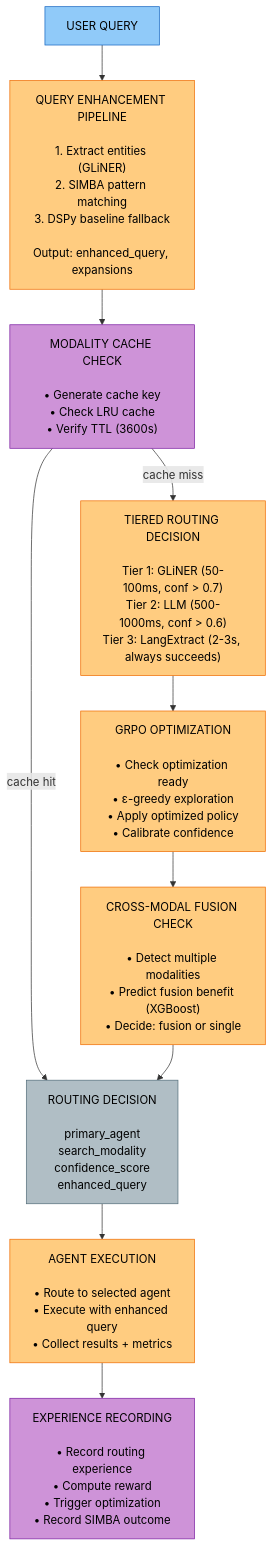
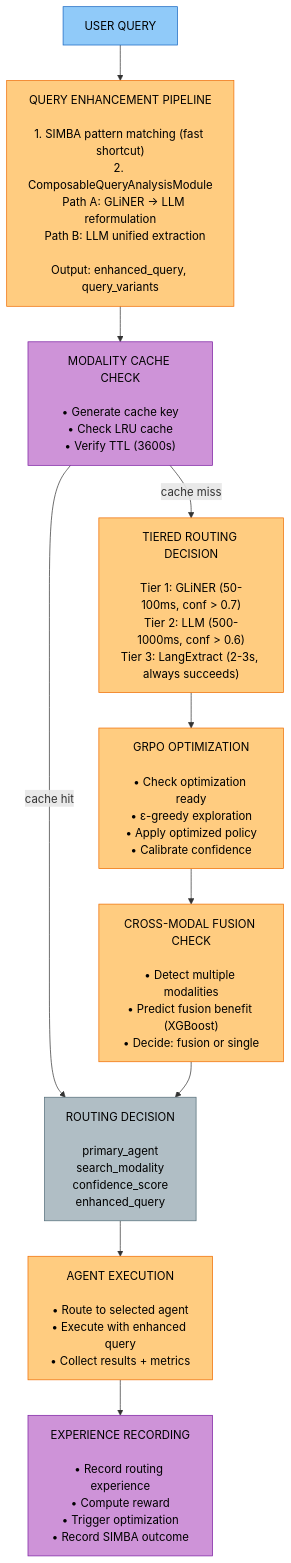
The fourth of 4 diagrams in docs/modules/routing.md (amit-jain/cogniverse), drawn with Mermaid before and after one commit. The commit also changed other lines of this file and 18 other files, not shown here.

First line of the commit message:
Replace QueryRewriter with composable two-path DSPy query analysis module

````diff
--- a/docs/modules/routing.md
+++ b/docs/modules/routing.md
@@ -1317,40 +1309,40 @@
 ```mermaid
 flowchart TB
     UserQuery["<span style='color:#000'>USER QUERY</span>"]
 
-    Enhancement["<span style='color:#000'>QUERY ENHANCEMENT PIPELINE<br/><br/>1. Extract entities (GLiNER)<br/>2. SIMBA pattern matching<br/>3. DSPy baseline fallback<br/><br/>Output: enhanced_query, expansions</span>"]
+    Enhancement["<span style='color:#000'>QUERY ENHANCEMENT PIPELINE<br/><br/>1. SIMBA pattern matching (fast shortcut)<br/>2. ComposableQueryAnalysisModule<br/>   Path A: GLiNER → LLM reformulation<br/>   Path B: LLM unified extraction<br/><br/>Output: enhanced_query, query_variants</span>"]
 
     Cache["<span style='color:#000'>MODALITY CACHE CHECK<br/><br/>• Generate cache key<br/>• Check LRU cache<br/>• Verify TTL (3600s)</span>"]
 
     Tiered["<span style='color:#000'>TIERED ROUTING DECISION<br/><br/>Tier 1: GLiNER (50-100ms, conf > 0.7)<br/>Tier 2: LLM (500-1000ms, conf > 0.6)<br/>Tier 3: LangExtract (2-3s, always succeeds)</span>"]
 
     GRPO["<span style='color:#000'>GRPO OPTIMIZATION<br/><br/>• Check optimization ready<br/>• ε-greedy exploration<br/>• Apply optimized policy<br/>• Calibrate confidence</span>"]
 
     Fusion["<span style='color:#000'>CROSS-MODAL FUSION CHECK<br/><br/>• Detect multiple modalities<br/>• Predict fusion benefit (XGBoost)<br/>• Decide: fusion or single</span>"]
 
     Decision["<span style='color:#000'>ROUTING DECISION<br/><br/>primary_agent<br/>search_modality<br/>confidence_score<br/>enhanced_query</span>"]
 
     Execution["<span style='color:#000'>AGENT EXECUTION<br/><br/>• Route to selected agent<br/>• Execute with enhanced query<br/>• Collect results + metrics</span>"]
 
     Recording["<span style='color:#000'>EXPERIENCE RECORDING<br/><br/>• Record routing experience<br/>• Compute reward<br/>• Trigger optimization<br/>• Record SIMBA outcome</span>"]
 
     UserQuery --> Enhancement
     Enhancement --> Cache
     Cache -->|cache miss| Tiered
     Cache -->|cache hit| Decision
     Tiered --> GRPO
     GRPO --> Fusion
     Fusion --> Decision
     Decision --> Execution
     Execution --> Recording
 
     style UserQuery fill:#90caf9,stroke:#1565c0,color:#000
     style Enhancement fill:#ffcc80,stroke:#ef6c00,color:#000
     style Cache fill:#ce93d8,stroke:#7b1fa2,color:#000
     style Tiered fill:#ffcc80,stroke:#ef6c00,color:#000
     style GRPO fill:#ffcc80,stroke:#ef6c00,color:#000
     style Fusion fill:#ffcc80,stroke:#ef6c00,color:#000
     style Decision fill:#b0bec5,stroke:#546e7a,color:#000
     style Execution fill:#ffcc80,stroke:#ef6c00,color:#000
     style Recording fill:#ce93d8,stroke:#7b1fa2,color:#000
 ```
````
